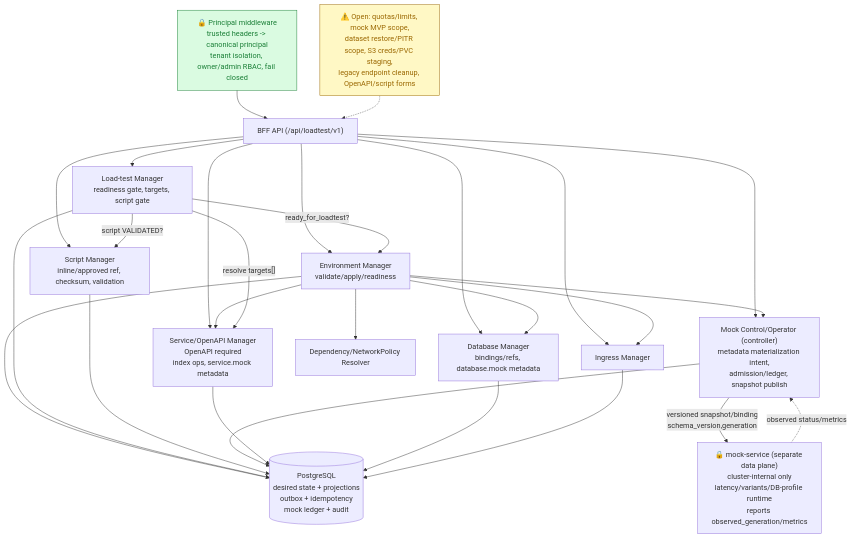
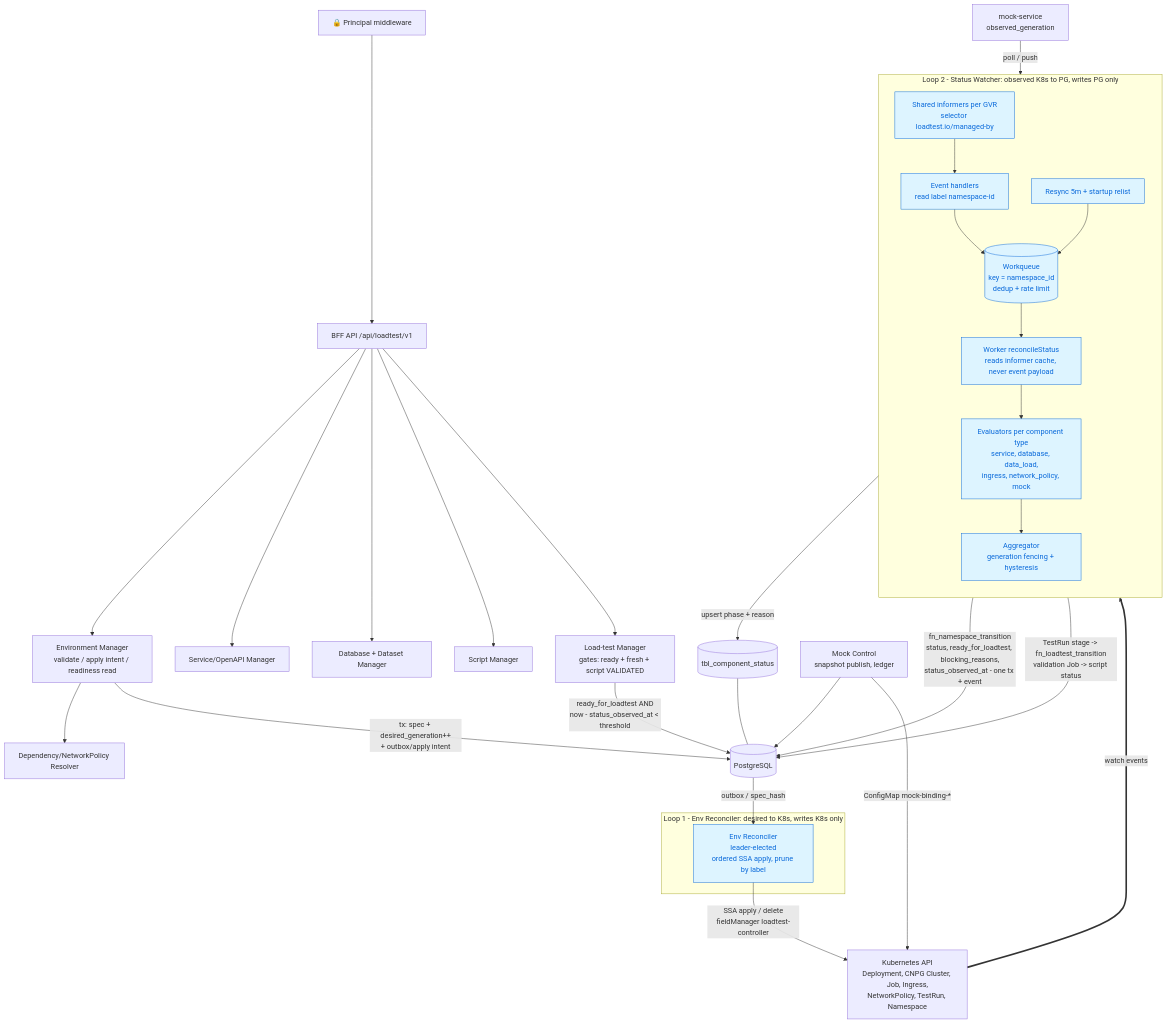
Before and after one commit to hungpham10/take-home-assigment: the second of 7 diagrams in docs/architecture.md, drawn with Mermaid. The commit also changed other lines of this file and 38 other files, not shown here.

First line of the commit message:
feat(namespace): k8s reconciler + status watcher + mock runtime (plans/21 A–E)

````diff
--- a/docs/architecture.md
+++ b/docs/architecture.md
@@ -127,31 +122,47 @@
 ```mermaid
 flowchart TB
-  MW["🔒 Principal middleware<br/>trusted headers -> canonical principal<br/>tenant isolation, owner/admin RBAC, fail closed"] --> BFF["BFF API (/api/loadtest/v1)"]
+  MW["🔒 Principal middleware"] --> API["BFF API /api/loadtest/v1"]
 
-  BFF --> ENV["Environment Manager<br/>validate/apply/readiness"]
-  BFF --> SVC["Service/OpenAPI Manager<br/>OpenAPI required<br/>index ops, service.mock metadata"]
-  BFF --> DBM["Database Manager<br/>bindings/refs, database.mock metadata"]
-  BFF --> INGM["Ingress Manager"]
-  BFF --> SCR["Script Manager<br/>inline/approved ref, checksum, validation"]
-  BFF --> LTM["Load-test Manager<br/>readiness gate, targets, script gate"]
-  BFF --> MOCKC["Mock Control/Operator (controller)<br/>metadata materialization intent,<br/>admission/ledger, snapshot publish"]
+  API --> ENV["Environment Manager<br/>validate / apply intent / readiness read"]
+  API --> SVC["Service/OpenAPI Manager"]
+  API --> DBM["Database + Dataset Manager"]
+  API --> SCR["Script Manager"]
+  API --> LTM["Load-test Manager<br/>gates: ready + fresh + script VALIDATED"]
+  ENV --> DEP["Dependency/NetworkPolicy Resolver"]
+  LTM -->|"ready_for_loadtest AND<br/>now - status_observed_at < threshold"| PG
 
-  ENV --> DEP["Dependency/NetworkPolicy Resolver"]
-  ENV --> SVC & DBM & INGM
-  LTM -->|"ready_for_loadtest?"| ENV
-  LTM -->|"resolve targets[]"| SVC
-  LTM -->|"script VALIDATED?"| SCR
-  ENV --> MOCKC
-  MOCKSVC["🔒 mock-service (separate data plane)<br/>cluster-internal only<br/>latency/variants/DB-profile runtime<br/>reports observed_generation/metrics"]
-  MOCKC -->|"versioned snapshot/binding<br/>schema_version,generation"| MOCKSVC
-  MOCKSVC -.->|"observed status/metrics"| MOCKC
+  ENV -->|"tx: spec + desired_generation++<br/>+ outbox/apply intent"| PG[("PostgreSQL")]
 
-  STATE[("PostgreSQL<br/>desired state + projections<br/>outbox + idempotency<br/>mock ledger + audit")]
-  ENV & LTM & SCR & MOCKC & SVC & DBM & INGM --> STATE
-  OPS["⚠️ Open: quotas/limits, mock MVP scope,<br/>dataset restore/PITR scope, S3 creds/PVC staging,<br/>legacy endpoint cleanup, OpenAPI/script forms"] -.-> BFF
+  subgraph LOOP1["Loop 1 - Env Reconciler: desired to K8s, writes K8s only"]
+    REC["Env Reconciler<br/>leader-elected<br/>ordered SSA apply, prune by label"]
+  end
+  PG -->|"outbox / spec_hash"| REC
+  REC -->|"SSA apply / delete<br/>fieldManager loadtest-controller"| K["Kubernetes API<br/>Deployment, CNPG Cluster, Job, Ingress,<br/>NetworkPolicy, TestRun, Namespace"]
 
-  classDef locked fill:#dafbe1,stroke:#1a7f37,color:#1a7f37;
-  classDef open fill:#fff8c5,stroke:#9a6700,color:#9a6700;
-  class MW locked;
-  class OPS open;
+  subgraph LOOP2["Loop 2 - Status Watcher: observed K8s to PG, writes PG only"]
+    direction TB
+    INF["Shared informers per GVR<br/>selector loadtest.io/managed-by"]
+    HND["Event handlers<br/>read label namespace-id"]
+    WQ[("Workqueue<br/>key = namespace_id<br/>dedup + rate limit")]
+    RSY["Resync 5m + startup relist"]
+    WRK["Worker reconcileStatus<br/>reads informer cache, never event payload"]
+    EVL["Evaluators per component type<br/>service, database, data_load,<br/>ingress, network_policy, mock"]
+    AGG["Aggregator<br/>generation fencing + hysteresis"]
+    INF --> HND --> WQ
+    RSY --> WQ
+    WQ --> WRK --> EVL --> AGG
+  end
+  K ==>|"watch events"| INF
+  MOCKSVC["mock-service<br/>observed_generation"] -->|"poll / push"| WQ
+
+  EVL -->|"upsert phase + reason"| CS[("tbl_component_status")]
+  AGG -->|"fn_namespace_transition<br/>status, ready_for_loadtest, blocking_reasons,<br/>status_observed_at - one tx + event"| PG
+  WRK -->|"TestRun stage -> fn_loadtest_transition<br/>validation Job -> script status"| PG
+  CS --- PG
+
+  MOCKC["Mock Control<br/>snapshot publish, ledger"] --> PG
+  MOCKC -->|"ConfigMap mock-binding-*"| K
+
+  classDef loop fill:#ddf4ff,stroke:#0969da,color:#0969da;
+  class REC,INF,HND,WQ,RSY,WRK,EVL,AGG loop;
 ```
````
